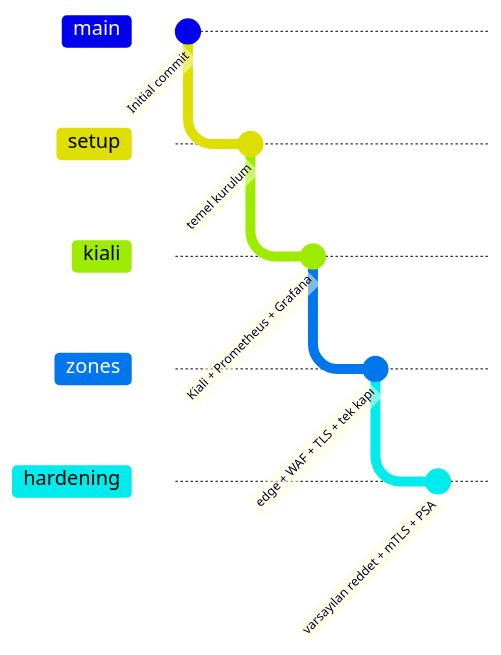
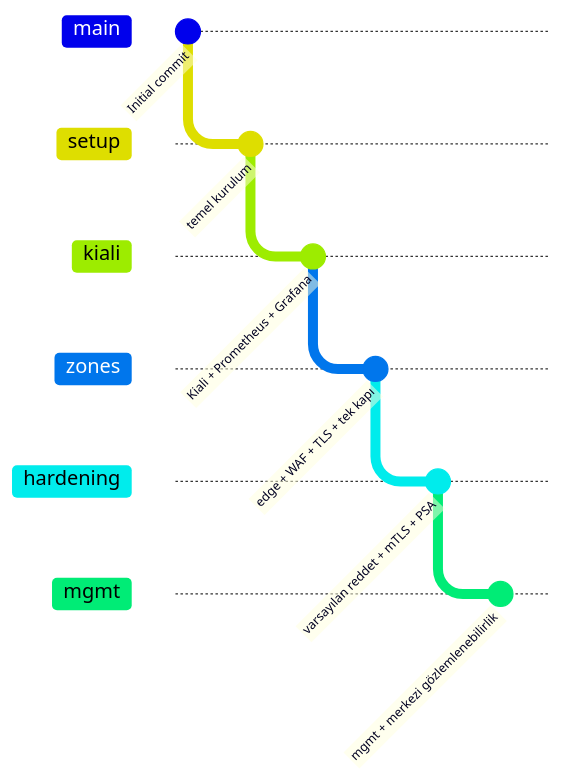
One commit to olgunyldz/service-mesh-lab changed the diagram in docs/README.md. Above: the diagram before and after it, drawn with Mermaid. The commit also changed other lines of this file and 16 other files, not shown here.

First line of the commit message:
Management cluster ve merkezi gözlemlenebilirlik

````diff
--- a/docs/README.md
+++ b/docs/README.md
@@ -5,16 +5,19 @@
 ```mermaid
 gitGraph
     commit id: "Initial commit"
     branch setup
     checkout setup
     commit id: "temel kurulum"
     branch kiali
     checkout kiali
     commit id: "Kiali + Prometheus + Grafana"
     branch zones
     checkout zones
     commit id: "edge + WAF + TLS + tek kapı"
     branch hardening
     checkout hardening
     commit id: "varsayılan reddet + mTLS + PSA"
+    branch mgmt
+    checkout mgmt
+    commit id: "mgmt + merkezi gözlemlenebilirlik"
 ```
````
